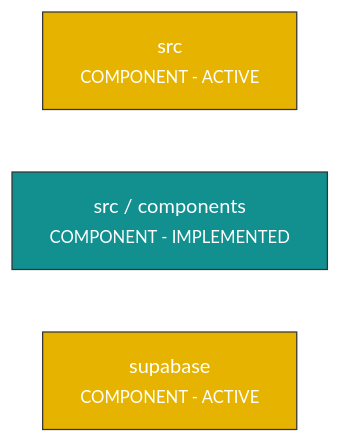
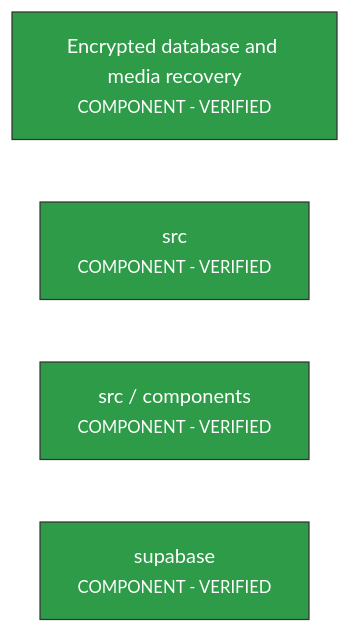
The diagram in .projectgraph/views/verification.mmd (ESDUaub2025/WISE_Trace), drawn with Mermaid before and after one commit. The commit also changed 50 other files, not shown here.

Commit message:
Add encrypted media recovery, scoped impact filters and offline refinements

```diff
--- a/.projectgraph/views/verification.mmd
+++ b/.projectgraph/views/verification.mmd
@@ -1,16 +1,16 @@
 flowchart LR
-    CMP_SRC["src<br/><small>COMPONENT - ACTIVE</small>"]
-    CMP_SRC_COMPONENTS["src / components<br/><small>COMPONENT - IMPLEMENTED</small>"]
-    CMP_SUPABASE["supabase<br/><small>COMPONENT - ACTIVE</small>"]
+    CMP_RECOVERY["Encrypted database and media recovery<br/><small>COMPONENT - VERIFIED</small>"]
+    CMP_SRC["src<br/><small>COMPONENT - VERIFIED</small>"]
+    CMP_SRC_COMPONENTS["src / components<br/><small>COMPONENT - VERIFIED</small>"]
+    CMP_SUPABASE["supabase<br/><small>COMPONENT - VERIFIED</small>"]
     classDef declared fill:#9e9e9e,stroke:#333,stroke-width:1px,color:#333333;
     classDef ready fill:#2f6fed,stroke:#333,stroke-width:1px,color:#ffffff;
     classDef active fill:#e6b400,stroke:#333,stroke-width:1px,color:#ffffff;
     classDef implemented fill:#128f8f,stroke:#333,stroke-width:1px,color:#ffffff;
     classDef verifying fill:#f08c00,stroke:#333,stroke-width:1px,color:#ffffff;
     classDef verified fill:#2e9b48,stroke:#333,stroke-width:1px,color:#ffffff;
     classDef failed fill:#d32f2f,stroke:#333,stroke-width:1px,color:#ffffff;
     classDef blocked fill:#7b3fbf,stroke:#333,stroke-width:1px,color:#ffffff;
     classDef stale fill:#8d6e3a,stroke:#333,stroke-width:1px,color:#ffffff;
     classDef superseded fill:#c9c9c9,stroke:#333,stroke-width:1px,color:#333333;
-    class CMP_SRC,CMP_SUPABASE active;
-    class CMP_SRC_COMPONENTS implemented;
+    class CMP_RECOVERY,CMP_SRC,CMP_SRC_COMPONENTS,CMP_SUPABASE verified;
```
